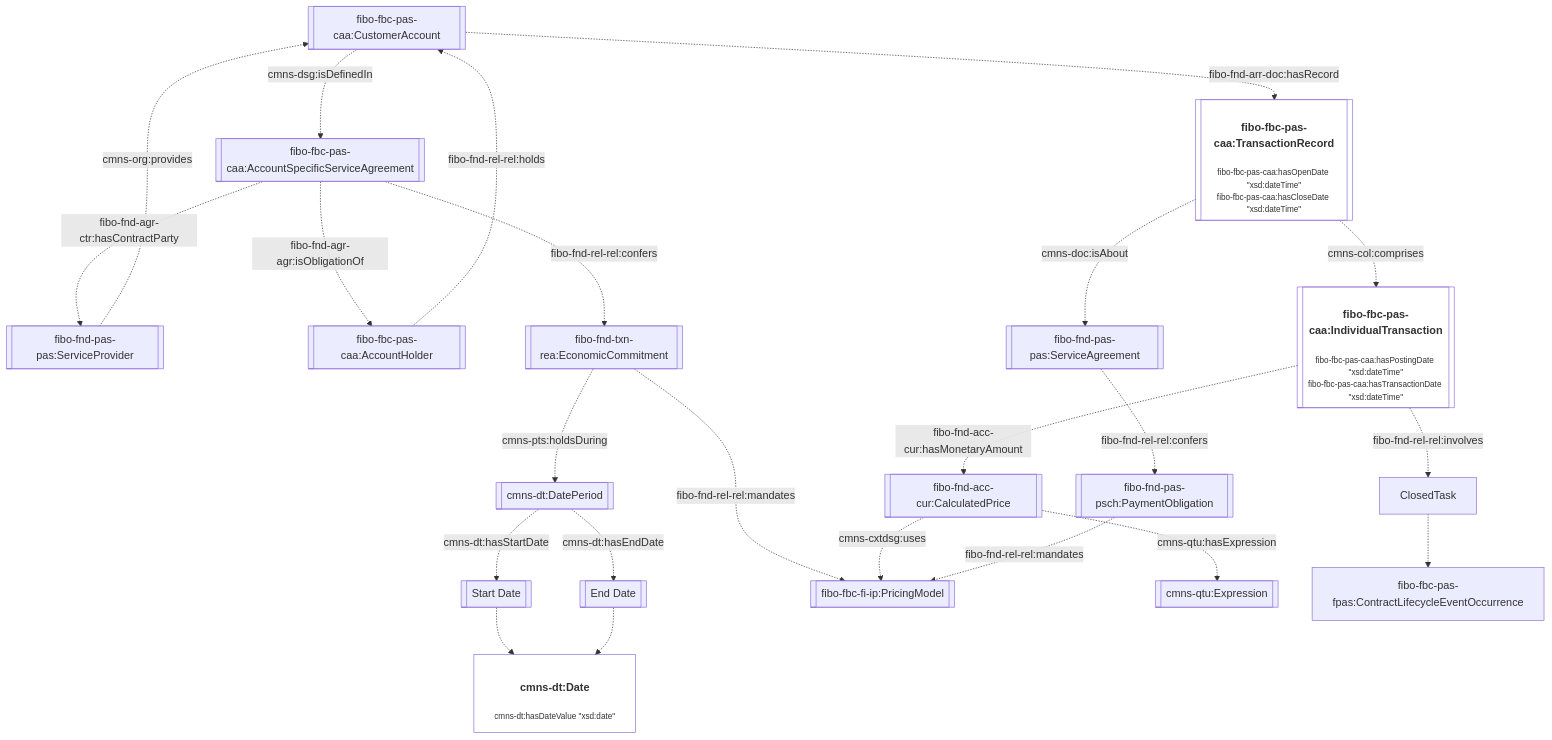
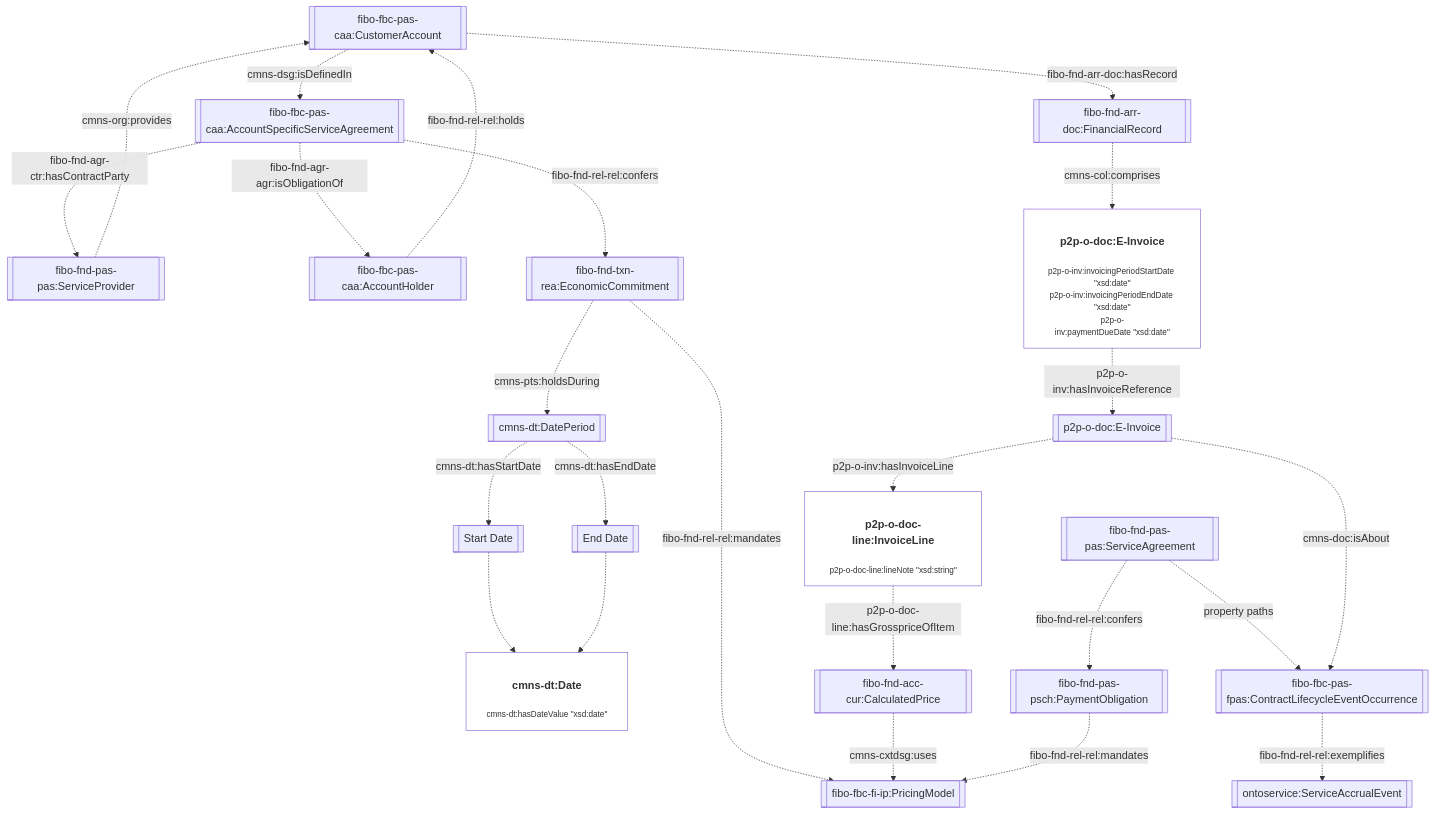
One commit to TheWorldAvatar/ontology changed diagram 14 of 17 in ontology/ontoservice/README.md. Above: the diagram before and after it, drawn with Mermaid. The commit also changed other lines of this file, not shown here.

Commit message:
qhouyee/31/ontoservice-invoicing-extension: modify representation of billing invoices

````diff
--- a/ontology/ontoservice/README.md
+++ b/ontology/ontoservice/README.md
@@ -496,37 +496,39 @@
 ```mermaid
    flowchart TD
    %% Styling
    classDef literal fill:none
    classDef node overflow-wrap:break-word,text-wrap:pretty
    linkStyle default overflow-wrap:break-word,text-wrap:pretty;
 
    %% Contents
    CustomerAccount[[fibo-fbc-pas-caa:CustomerAccount]] -. cmns-dsg:isDefinedIn .-> Agreement[[fibo-fbc-pas-caa:AccountSpecificServiceAgreement]]
    Agreement -. fibo-fnd-agr-ctr:hasContractParty .-> ServiceProvider[[fibo-fnd-pas-pas:ServiceProvider]] 
    Agreement -. fibo-fnd-agr-agr:isObligationOf .-> AccountHolder[[fibo-fbc-pas-caa:AccountHolder]]
 
    Agreement -. fibo-fnd-rel-rel:confers .-> EconomicCommitment[[fibo-fnd-txn-rea:EconomicCommitment]]
    EconomicCommitment -. cmns-pts:holdsDuring .-> DatePeriod[[cmns-dt:DatePeriod]]
    DatePeriod -. cmns-dt:hasStartDate .-> StartDate[[Start Date]]
    DatePeriod -. cmns-dt:hasEndDate .-> EndDate[[End Date]]
    StartDate -.-> Date["<h4>cmns-dt:Date</h4><p style='font-size:0.75rem;'>cmns-dt:hasDateValue &quot;xsd:date&quot;</p>"]:::literal
    EndDate -.-> Date
 
    EconomicCommitment -. fibo-fnd-rel-rel:mandates .-> PricingModel[[fibo-fbc-fi-ip:PricingModel]]
    CalculatedPrice[[fibo-fnd-acc-cur:CalculatedPrice]] -. cmns-cxtdsg:uses .-> PricingModel
 
    AccountHolder -. fibo-fnd-rel-rel:holds .-> CustomerAccount
    ServiceProvider -. cmns-org:provides .-> CustomerAccount
    
-   CustomerAccount -. fibo-fnd-arr-doc:hasRecord .-> TransactionRecord[["<h4>fibo-fbc-pas-caa:TransactionRecord</h4><p style='font-size:0.75rem;'>fibo-fbc-pas-caa:hasOpenDate &quot;xsd:dateTime&quot;<br>fibo-fbc-pas-caa:hasCloseDate &quot;xsd:dateTime&quot;</p>"]]:::literal
-   TransactionRecord -. cmns-doc:isAbout .-> ServiceAgreement[[fibo-fnd-pas-pas:ServiceAgreement]]
+   ServiceAgreement[[fibo-fnd-pas-pas:ServiceAgreement]] -. property paths .-> ClosedTask[[fibo-fbc-pas-fpas:ContractLifecycleEventOccurrence]]
    ServiceAgreement -. fibo-fnd-rel-rel:confers .-> PaymentObligation[[fibo-fnd-pas-psch:PaymentObligation]]
    PaymentObligation -. fibo-fnd-rel-rel:mandates .-> PricingModel
 
-   TransactionRecord -. cmns-col:comprises .-> IndividualTransaction[["<h4>fibo-fbc-pas-caa:IndividualTransaction</h4><p style='font-size:0.75rem;'>fibo-fbc-pas-caa:hasPostingDate &quot;xsd:dateTime&quot;<br>fibo-fbc-pas-caa:hasTransactionDate &quot;xsd:dateTime&quot;</p>"]]:::literal
-   IndividualTransaction -. fibo-fnd-acc-cur:hasMonetaryAmount .-> CalculatedPrice
-   CalculatedPrice -. cmns-qtu:hasExpression .-> CalculationExpression[[cmns-qtu:Expression]]
+   CustomerAccount -. fibo-fnd-arr-doc:hasRecord .-> FinancialRecord[[fibo-fnd-arr-doc:FinancialRecord]]
+   FinancialRecord -. cmns-col:comprises .-> Invoice["<h4>p2p-o-doc:E-Invoice</h4><p style='font-size:0.75rem;'>p2p-o-inv:invoicingPeriodStartDate &quot;xsd:date&quot;<br>p2p-o-inv:invoicingPeriodEndDate &quot;xsd:date&quot;<br>p2p-o-inv:paymentDueDate &quot;xsd:date&quot;</p>"]:::literal
+   
+   Invoice -. p2p-o-inv:hasInvoiceReference .-> TaskInvoice[[p2p-o-doc:E-Invoice]]
+   TaskInvoice -. cmns-doc:isAbout .-> ClosedTask
+   ClosedTask -. fibo-fnd-rel-rel:exemplifies .->  ServiceAccrualEvent[[ontoservice:ServiceAccrualEvent]]
 
-   IndividualTransaction -. fibo-fnd-rel-rel:involves .-> ClosedTask
-   ClosedTask -.->  fibo-fbc-pas-fpas:ContractLifecycleEventOccurrence
+   TaskInvoice -. p2p-o-inv:hasInvoiceLine .-> InvoiceLine["<h4>p2p-o-doc-line:InvoiceLine</h4><p style='font-size:0.75rem;'>p2p-o-doc-line:lineNote &quot;xsd:string&quot;</p>"]:::literal
+   InvoiceLine -. p2p-o-doc-line:hasGrosspriceOfItem .-> CalculatedPrice
 ```
````
